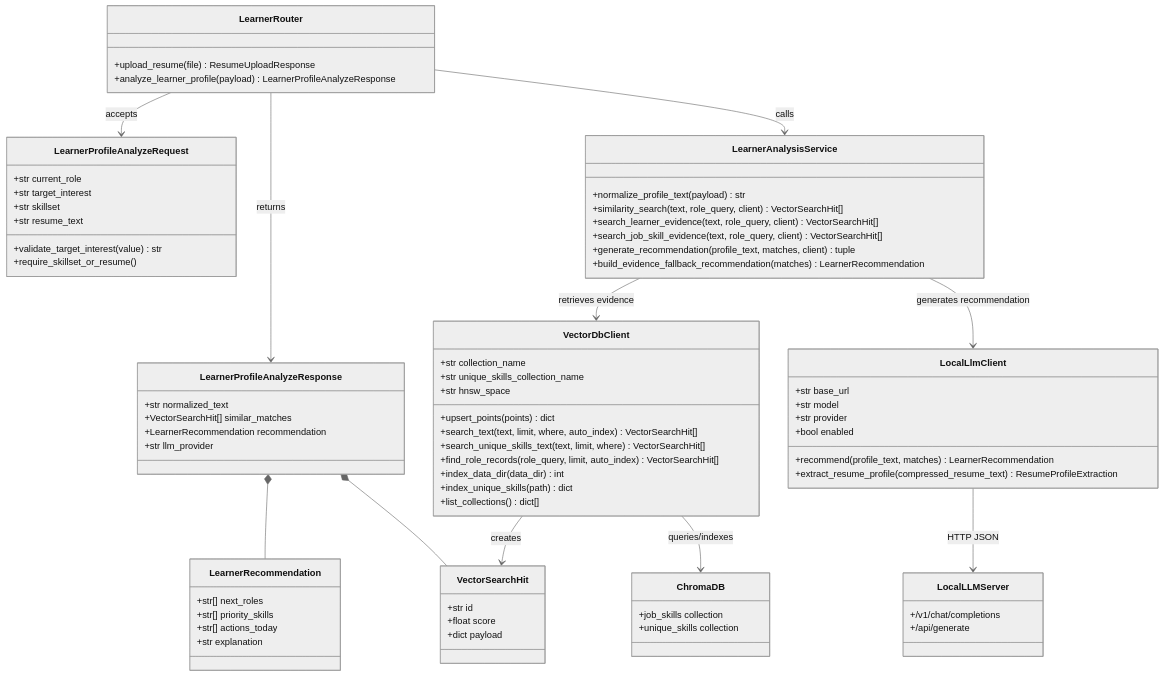
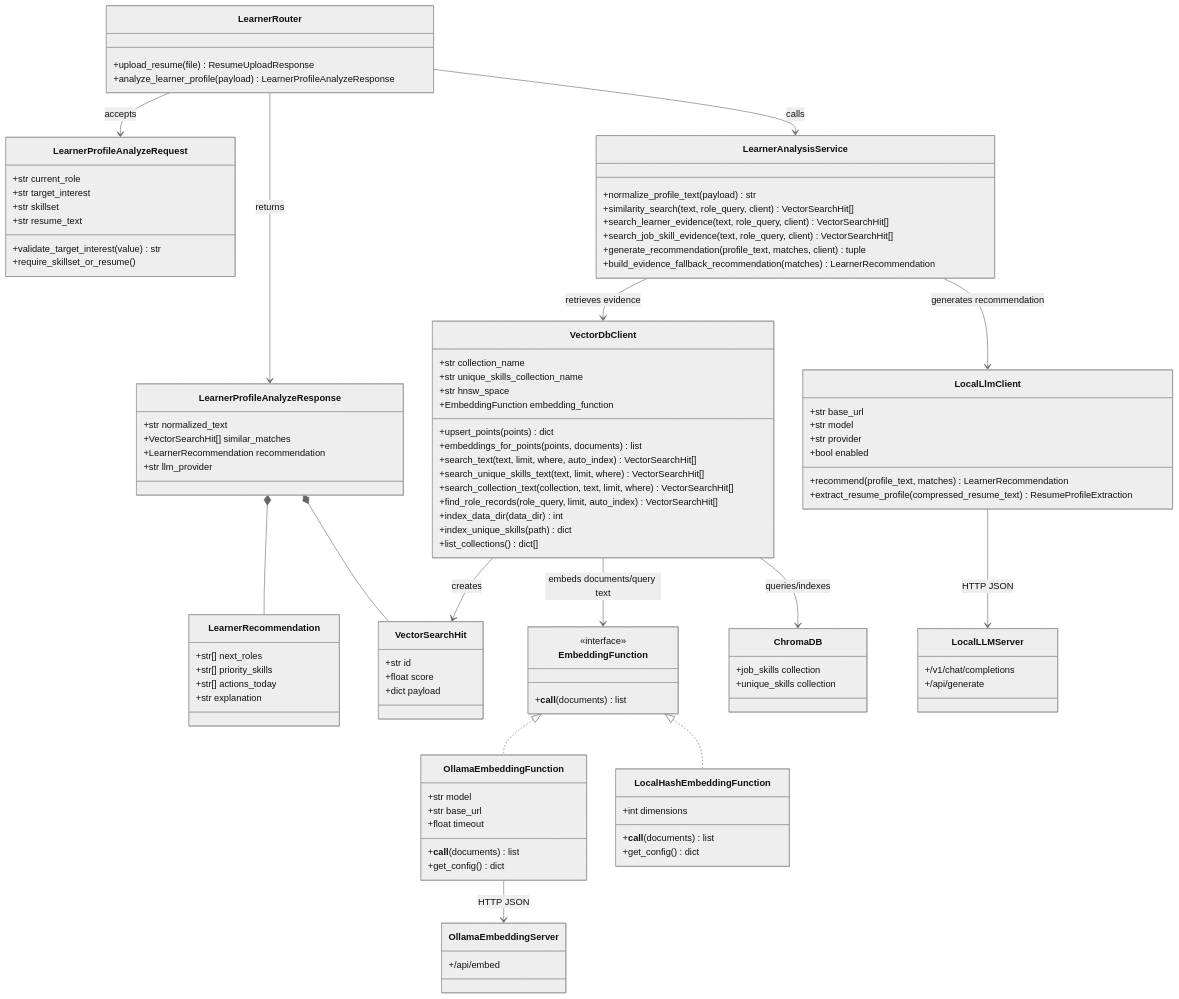
Before and after one commit to wstannnnn/pycon26-track1: the first of 2 diagrams in pycon26/docs/uml-diagrams.md, drawn with Mermaid (neutral theme). The commit also changed other lines of this file and 11 other files, not shown here.

First line of the commit message:
feat: add configurable vector embeddings and update project docs

````diff
--- a/pycon26/docs/uml-diagrams.md
+++ b/pycon26/docs/uml-diagrams.md
@@ -47,13 +47,35 @@
         +str collection_name
         +str unique_skills_collection_name
         +str hnsw_space
+        +EmbeddingFunction embedding_function
         +upsert_points(points) dict
+        +embeddings_for_points(points, documents) list
         +search_text(text, limit, where, auto_index) VectorSearchHit[]
         +search_unique_skills_text(text, limit, where) VectorSearchHit[]
+        +search_collection_text(collection, text, limit, where) VectorSearchHit[]
         +find_role_records(role_query, limit, auto_index) VectorSearchHit[]
         +index_data_dir(data_dir) int
         +index_unique_skills(path) dict
         +list_collections() dict[]
+    }
+
+    class EmbeddingFunction {
+        <<interface>>
+        +__call__(documents) list
+    }
+
+    class OllamaEmbeddingFunction {
+        +str model
+        +str base_url
+        +float timeout
+        +__call__(documents) list
+        +get_config() dict
+    }
+
+    class LocalHashEmbeddingFunction {
+        +int dimensions
+        +__call__(documents) list
+        +get_config() dict
     }
 
     class LocalLlmClient {
@@ -76,6 +98,10 @@
         +unique_skills collection
     }
 
+    class OllamaEmbeddingServer {
+        +/api/embed
+    }
+
     class LocalLLMServer {
         +/v1/chat/completions
         +/api/generate
@@ -89,6 +115,10 @@
     LearnerAnalysisService --> VectorDbClient : retrieves evidence
     LearnerAnalysisService --> LocalLlmClient : generates recommendation
     VectorDbClient --> VectorSearchHit : creates
+    VectorDbClient --> EmbeddingFunction : embeds documents/query text
+    EmbeddingFunction <|.. OllamaEmbeddingFunction
+    EmbeddingFunction <|.. LocalHashEmbeddingFunction
+    OllamaEmbeddingFunction --> OllamaEmbeddingServer : HTTP JSON
     VectorDbClient --> ChromaDB : queries/indexes
     LocalLlmClient --> LocalLLMServer : HTTP JSON
 ```
````
